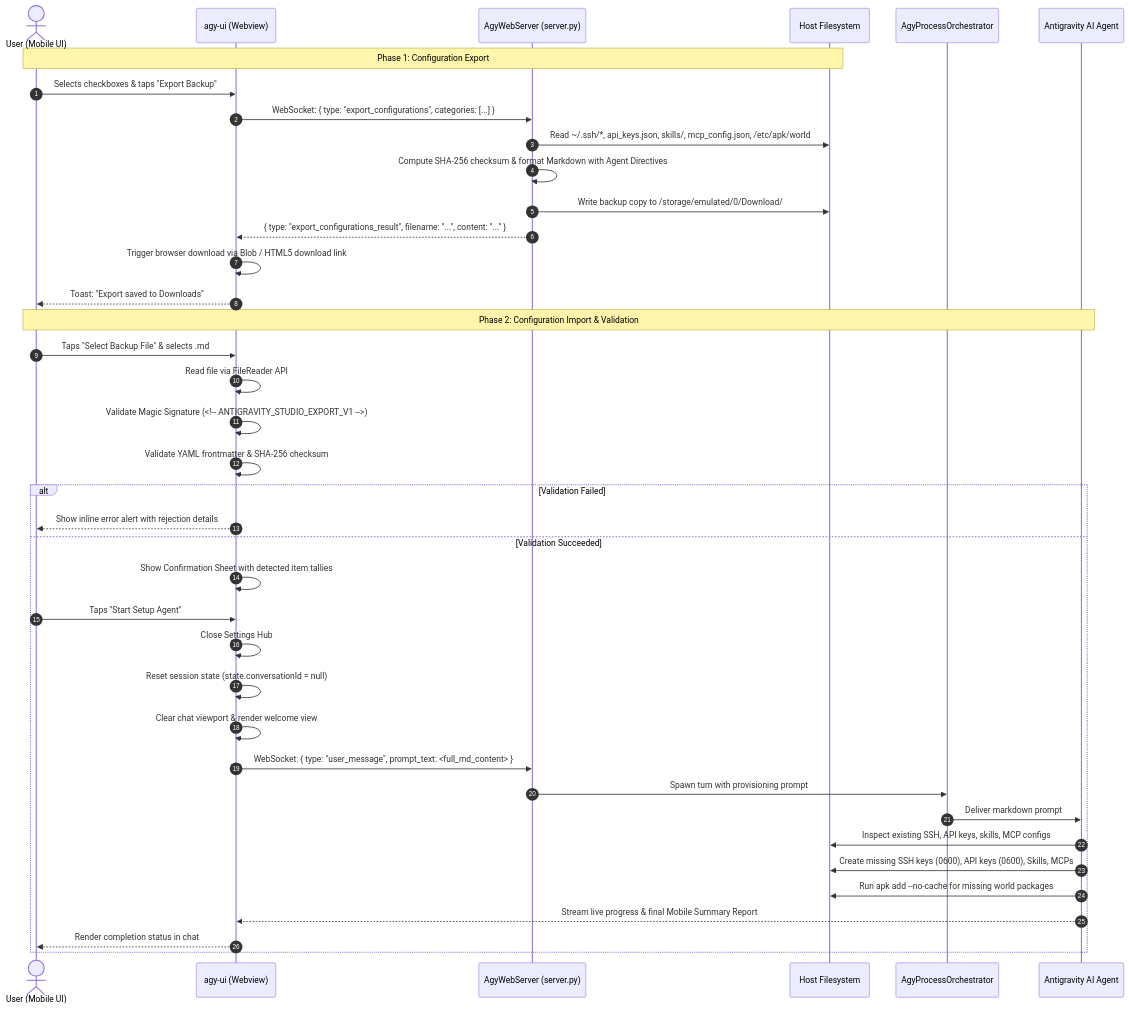
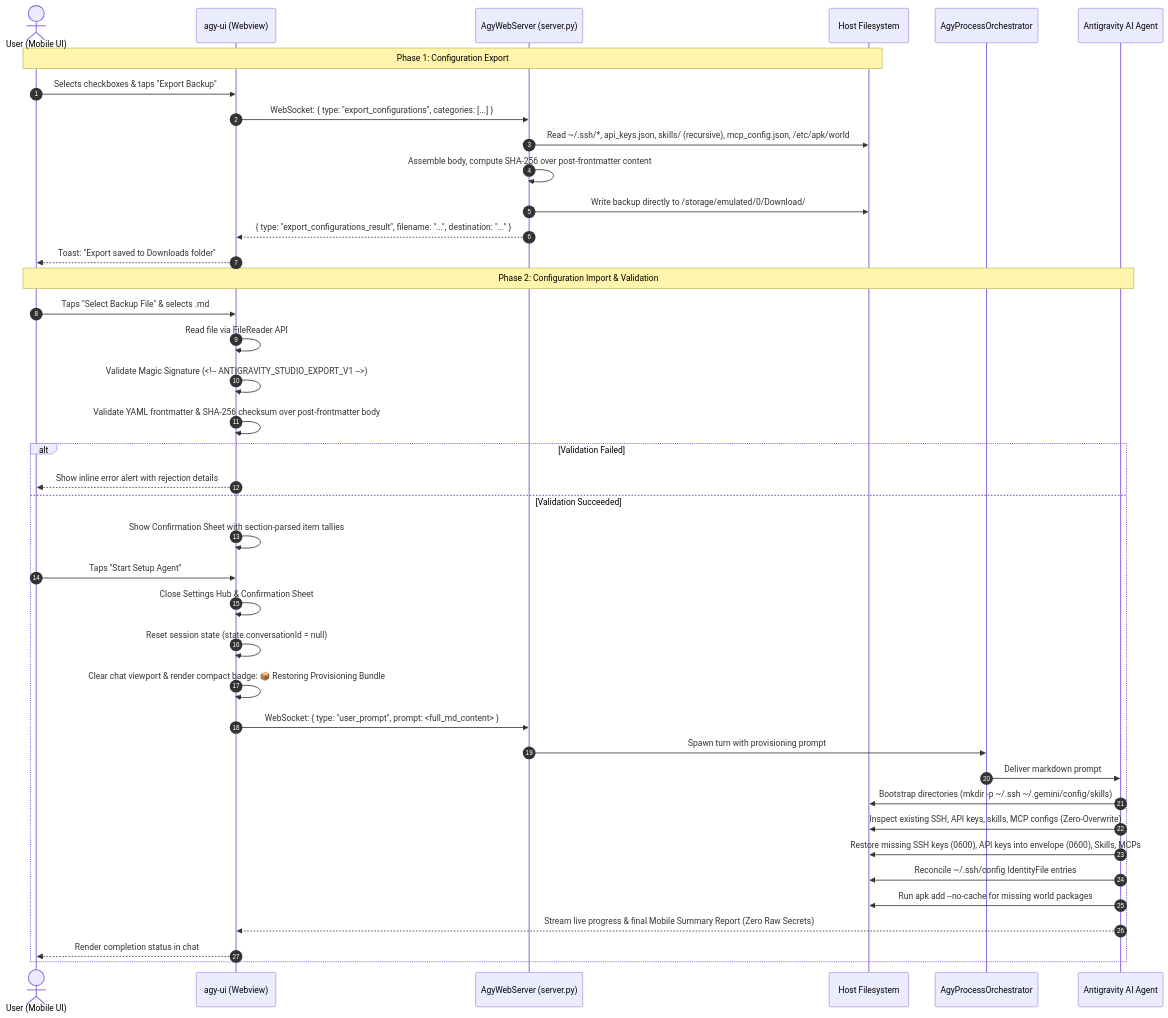
The second of 3 diagrams in specs/v1.6.3/01-settings-export-import-agent-provisioning.md (MisterMoeGreen/Antigravity-Studio-App), drawn with Mermaid before and after one commit. The commit also changed other lines of this file and 1 other file, not shown here.

Commit message:
docs(specs): harden v1.6.3 export/import spec with Argon architectural audit findings

````diff
--- a/specs/v1.6.3/01-settings-export-import-agent-provisioning.md
+++ b/specs/v1.6.3/01-settings-export-import-agent-provisioning.md
@@ -66,43 +69,44 @@
 ```mermaid
 sequenceDiagram
     autonumber
     actor User as User (Mobile UI)
     participant UI as agy-ui (Webview)
     participant Srv as AgyWebServer (server.py)
     participant FS as Host Filesystem
     participant Orch as AgyProcessOrchestrator
     participant Agent as Antigravity AI Agent
 
     Note over User,FS: Phase 1: Configuration Export
     User->>UI: Selects checkboxes & taps "Export Backup"
     UI->>Srv: WebSocket: { type: "export_configurations", categories: [...] }
-    Srv->>FS: Read ~/.ssh/*, api_keys.json, skills/, mcp_config.json, /etc/apk/world
-    Srv->>Srv: Compute SHA-256 checksum & format Markdown with Agent Directives
-    Srv->>FS: Write backup copy to /storage/emulated/0/Download/
-    Srv-->>UI: { type: "export_configurations_result", filename: "...", content: "..." }
-    UI->>UI: Trigger browser download via Blob / HTML5 download link
-    UI-->>User: Toast: "Export saved to Downloads"
+    Srv->>FS: Read ~/.ssh/*, api_keys.json, skills/ (recursive), mcp_config.json, /etc/apk/world
+    Srv->>Srv: Assemble body, compute SHA-256 over post-frontmatter content
+    Srv->>FS: Write backup directly to /storage/emulated/0/Download/
+    Srv-->>UI: { type: "export_configurations_result", filename: "...", destination: "..." }
+    UI-->>User: Toast: "Export saved to Downloads folder"
 
     Note over User,Agent: Phase 2: Configuration Import & Validation
     User->>UI: Taps "Select Backup File" & selects .md
     UI->>UI: Read file via FileReader API
     UI->>UI: Validate Magic Signature (<!-- ANTIGRAVITY_STUDIO_EXPORT_V1 -->)
-    UI->>UI: Validate YAML frontmatter & SHA-256 checksum
+    UI->>UI: Validate YAML frontmatter & SHA-256 checksum over post-frontmatter body
     alt Validation Failed
         UI-->>User: Show inline error alert with rejection details
     else Validation Succeeded
-        UI->>UI: Show Confirmation Sheet with detected item tallies
+        UI->>UI: Show Confirmation Sheet with section-parsed item tallies
         User->>UI: Taps "Start Setup Agent"
-        UI->>UI: Close Settings Hub
+        UI->>UI: Close Settings Hub & Confirmation Sheet
         UI->>UI: Reset session state (state.conversationId = null)
-        UI->>UI: Clear chat viewport & render welcome view
-        UI->>Srv: WebSocket: { type: "user_message", prompt_text: <full_md_content> }
+        UI->>UI: Clear chat viewport & render compact badge: 📦 Restoring Provisioning Bundle
+        UI->>Srv: WebSocket: { type: "user_prompt", prompt: <full_md_content> }
         Srv->>Orch: Spawn turn with provisioning prompt
         Orch->>Agent: Deliver markdown prompt
-        Agent->>FS: Inspect existing SSH, API keys, skills, MCP configs
-        Agent->>FS: Create missing SSH keys (0600), API keys (0600), Skills, MCPs
+        Agent->>FS: Bootstrap directories (mkdir -p ~/.ssh ~/.gemini/config/skills)
+        Agent->>FS: Inspect existing SSH, API keys, skills, MCP configs (Zero-Overwrite)
+        Agent->>FS: Restore missing SSH keys (0600), API keys into envelope (0600), Skills, MCPs
+        Agent->>FS: Reconcile ~/.ssh/config IdentityFile entries
         Agent->>FS: Run apk add --no-cache for missing world packages
-        Agent-->>UI: Stream live progress & final Mobile Summary Report
+        Agent-->>UI: Stream live progress & final Mobile Summary Report (Zero Raw Secrets)
         UI-->>User: Render completion status in chat
     end
 ```
````
